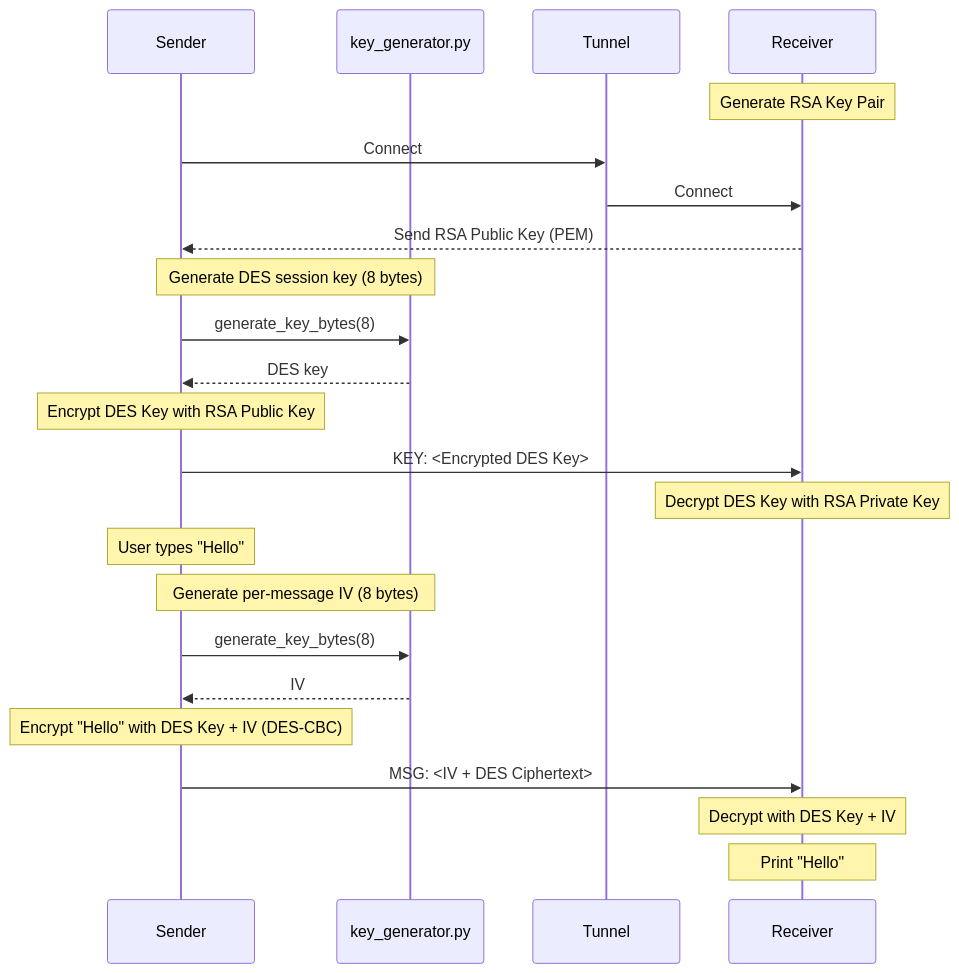
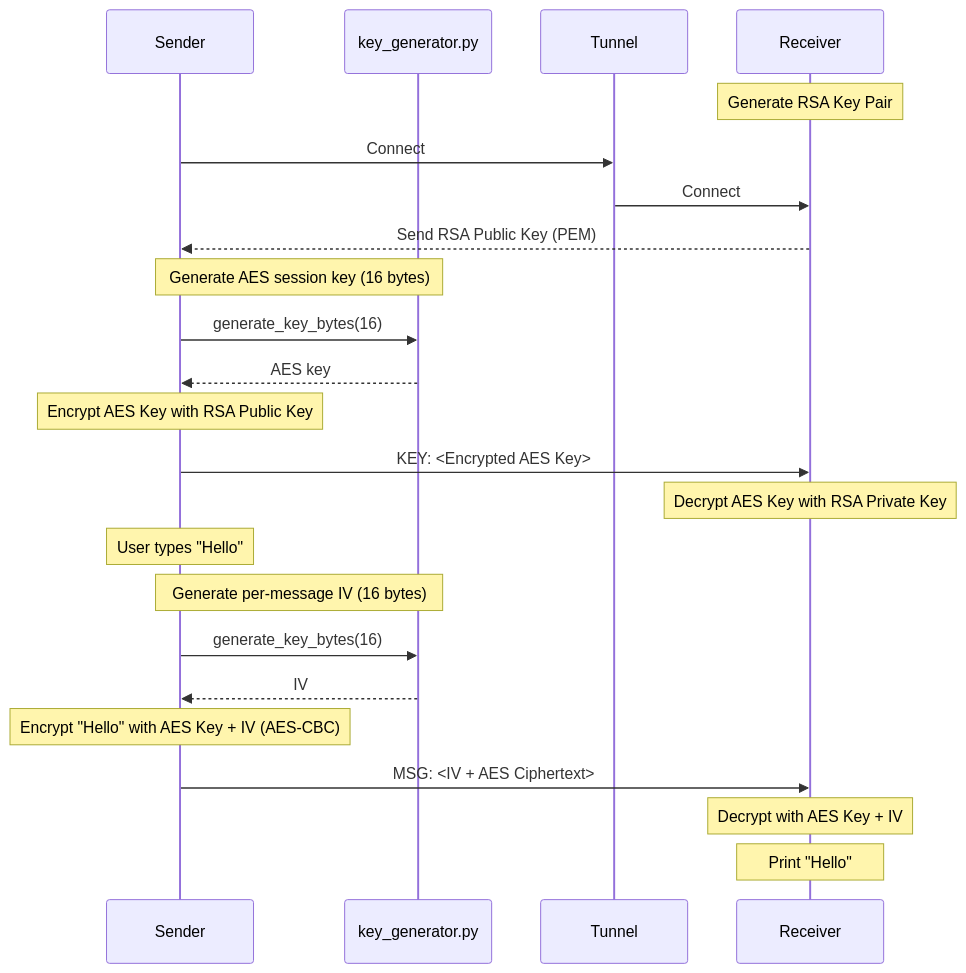
The diagram in secureTunnel/SECURE_CONNECTION_FLOW.md (mhmadkadoor/MHD-BSG), drawn with Mermaid before and after one commit. The commit also changed other lines of this file and 4 other files, not shown here.

Commit message:
Refactor encryption to use AES instead of DES in secure messaging flow

````diff
--- a/secureTunnel/SECURE_CONNECTION_FLOW.md
+++ b/secureTunnel/SECURE_CONNECTION_FLOW.md
@@ -60,28 +60,28 @@
 ```mermaid
 sequenceDiagram
     participant Sender
     participant KeyGen as key_generator.py
     participant Tunnel
     participant Receiver
 
     Note over Receiver: Generate RSA Key Pair
     Sender->>Tunnel: Connect
     Tunnel->>Receiver: Connect
     Receiver-->>Sender: Send RSA Public Key (PEM)
     
-    Note over Sender,KeyGen: Generate DES session key (8 bytes)
-    Sender->>KeyGen: generate_key_bytes(8)
-    KeyGen-->>Sender: DES key
-    Note over Sender: Encrypt DES Key with RSA Public Key
-    Sender->>Receiver: KEY: <Encrypted DES Key>
-    Note over Receiver: Decrypt DES Key with RSA Private Key
+    Note over Sender,KeyGen: Generate AES session key (16 bytes)
+    Sender->>KeyGen: generate_key_bytes(16)
+    KeyGen-->>Sender: AES key
+    Note over Sender: Encrypt AES Key with RSA Public Key
+    Sender->>Receiver: KEY: <Encrypted AES Key>
+    Note over Receiver: Decrypt AES Key with RSA Private Key
     
     Note over Sender: User types "Hello"
-    Note over Sender,KeyGen: Generate per-message IV (8 bytes)
-    Sender->>KeyGen: generate_key_bytes(8)
+    Note over Sender,KeyGen: Generate per-message IV (16 bytes)
+    Sender->>KeyGen: generate_key_bytes(16)
     KeyGen-->>Sender: IV
-    Note over Sender: Encrypt "Hello" with DES Key + IV (DES-CBC)
-    Sender->>Receiver: MSG: <IV + DES Ciphertext>
-    Note over Receiver: Decrypt with DES Key + IV
+    Note over Sender: Encrypt "Hello" with AES Key + IV (AES-CBC)
+    Sender->>Receiver: MSG: <IV + AES Ciphertext>
+    Note over Receiver: Decrypt with AES Key + IV
     Note over Receiver: Print "Hello"
 ```
````
